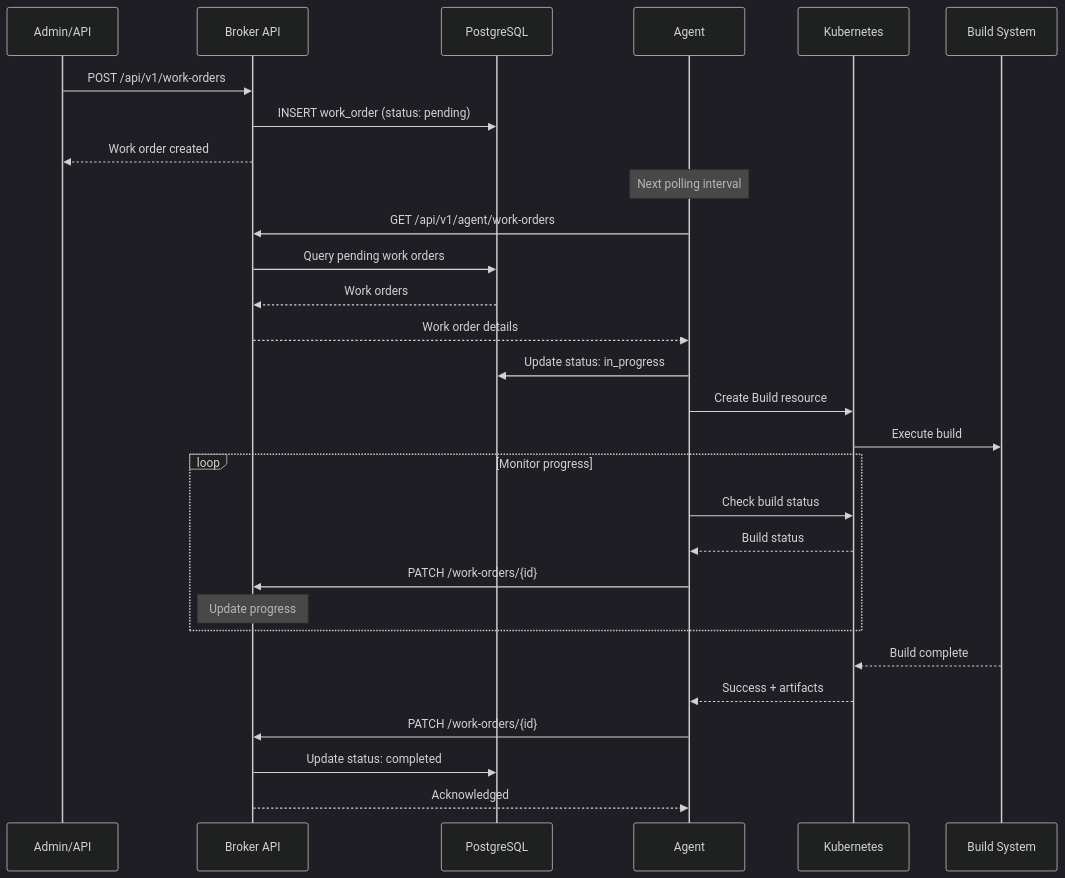
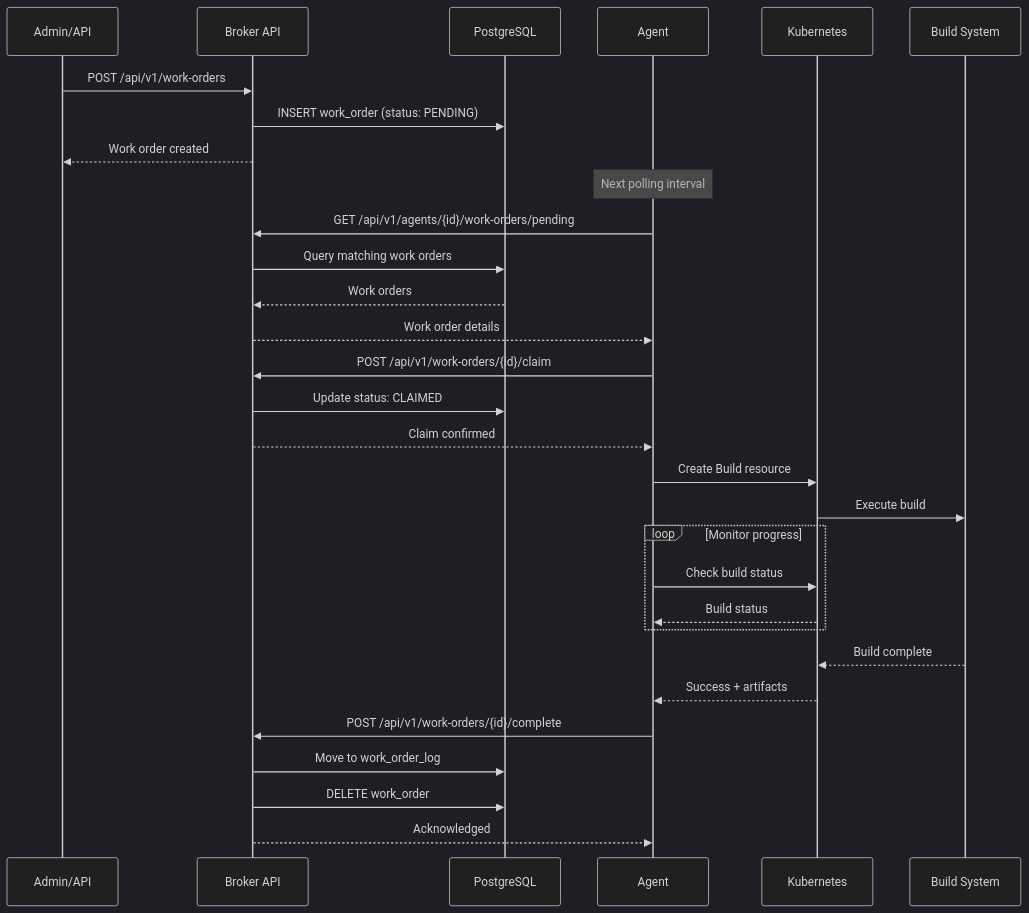
Before and after one commit to colliery-io/brokkr: the tenth of 10 diagrams in docs/content/explanation/data-flows.md, drawn with Mermaid (dark theme). The commit also changed other lines of this file and 28 other files, not shown here.

```diff
--- a/docs/content/explanation/data-flows.md
+++ b/docs/content/explanation/data-flows.md
@@ -353,36 +378,38 @@
 {{< mermaid >}}
 sequenceDiagram
     participant Client as Admin/API
     participant Broker as Broker API
     participant DB as PostgreSQL
     participant Agent as Agent
     participant K8s as Kubernetes
     participant Build as Build System
 
     Client->>Broker: POST /api/v1/work-orders
-    Broker->>DB: INSERT work_order (status: pending)
+    Broker->>DB: INSERT work_order (status: PENDING)
     Broker-->>Client: Work order created
 
     Note over Agent: Next polling interval
-    Agent->>Broker: GET /api/v1/agent/work-orders
-    Broker->>DB: Query pending work orders
+    Agent->>Broker: GET /api/v1/agents/{id}/work-orders/pending
+    Broker->>DB: Query matching work orders
     DB-->>Broker: Work orders
     Broker-->>Agent: Work order details
 
-    Agent->>DB: Update status: in_progress
+    Agent->>Broker: POST /api/v1/work-orders/{id}/claim
+    Broker->>DB: Update status: CLAIMED
+    Broker-->>Agent: Claim confirmed
+
     Agent->>K8s: Create Build resource
     K8s->>Build: Execute build
 
     loop Monitor progress
         Agent->>K8s: Check build status
         K8s-->>Agent: Build status
-        Agent->>Broker: PATCH /work-orders/{id}
-        Note over Broker: Update progress
     end
 
     Build-->>K8s: Build complete
     K8s-->>Agent: Success + artifacts
-    Agent->>Broker: PATCH /work-orders/{id}
-    Broker->>DB: Update status: completed
+    Agent->>Broker: POST /api/v1/work-orders/{id}/complete
+    Broker->>DB: Move to work_order_log
+    Broker->>DB: DELETE work_order
     Broker-->>Agent: Acknowledged
 {{< /mermaid >}}
```
